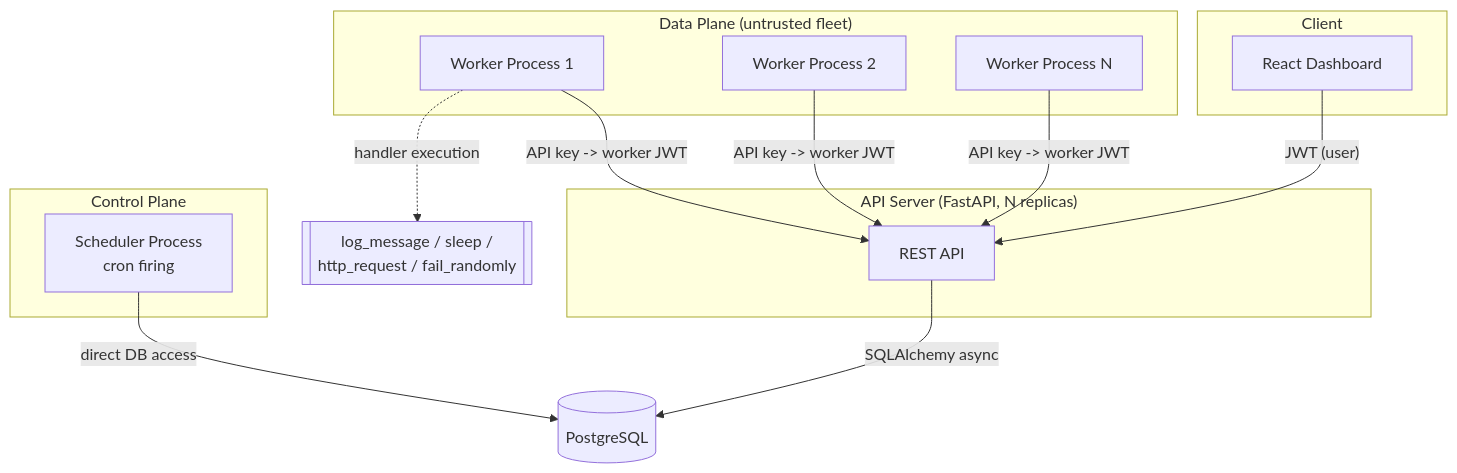
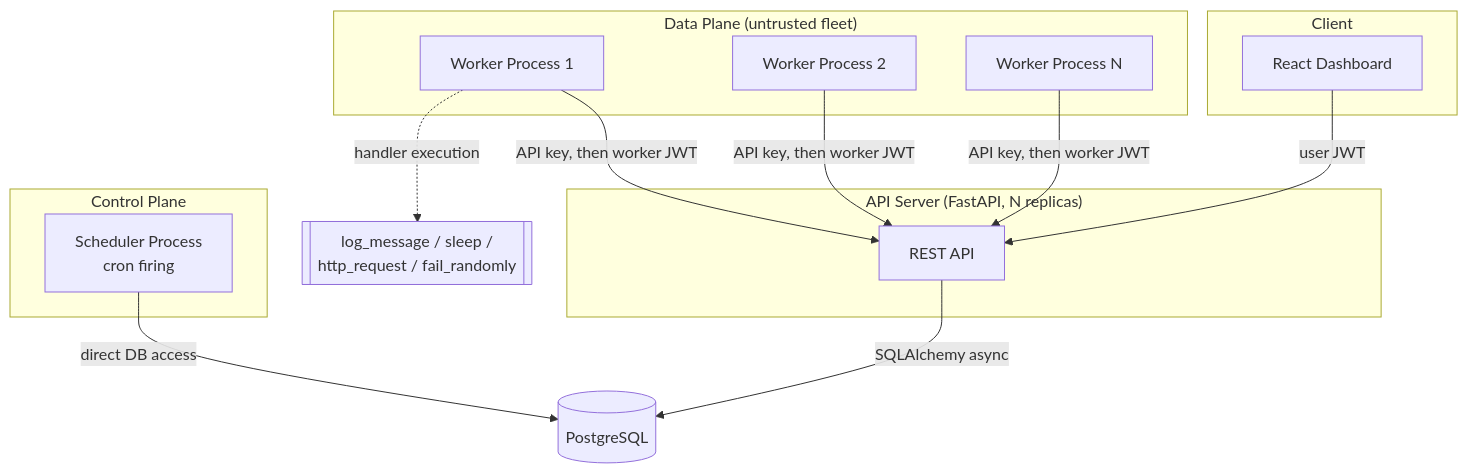
The first of 3 diagrams in docs/ARCHITECTURE.md (wolfykulfi/distributed-job-scheduler), drawn with Mermaid before and after one commit. The commit also changed other lines of this file and 1 other file, not shown here.

First line of the commit message:
Fix broken Mermaid diagram render on GitHub in ARCHITECTURE.md

````diff
--- a/docs/ARCHITECTURE.md
+++ b/docs/ARCHITECTURE.md
@@ -5,31 +5,31 @@
 ```mermaid
 flowchart TB
     subgraph Client
         UI[React Dashboard]
     end
 
     subgraph "API Server (FastAPI, N replicas)"
         API[REST API]
     end
 
     subgraph "Control Plane"
         SCHED[Scheduler Process\ncron firing]
     end
 
     subgraph "Data Plane (untrusted fleet)"
         W1[Worker Process 1]
         W2[Worker Process 2]
         W3[Worker Process N]
     end
 
     DB[(PostgreSQL)]
 
-    UI -- JWT (user) --> API
-    W1 -- API key -> worker JWT --> API
-    W2 -- API key -> worker JWT --> API
-    W3 -- API key -> worker JWT --> API
+    UI -- user JWT --> API
+    W1 -- API key, then worker JWT --> API
+    W2 -- API key, then worker JWT --> API
+    W3 -- API key, then worker JWT --> API
     API -- SQLAlchemy async --> DB
     SCHED -- direct DB access --> DB
 
     W1 -.handler execution.-> H1[["log_message / sleep /\nhttp_request / fail_randomly"]]
 ```
````
